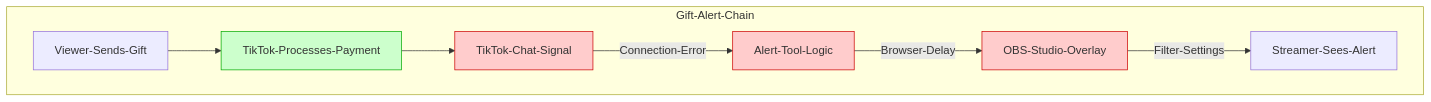
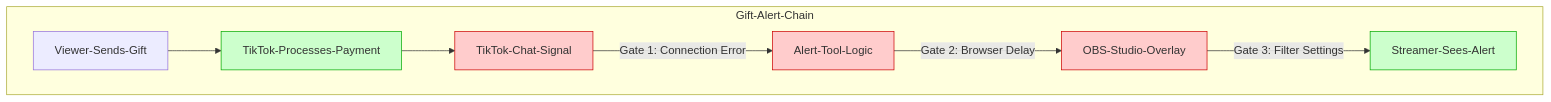
Before and after one commit to littl3-boat/ttwise: the diagram in data/blog/tiktok-live-gifts-not-showing-fix-2026.mdx, drawn with Mermaid. The commit also changed 35 other files, not shown here.

First line of the commit message:
feat: fix Mermaid diagram syntax across blog posts and add new Reddit-sourced blog entries

````diff
--- a/data/blog/tiktok-live-gifts-not-showing-fix-2026.mdx
+++ b/data/blog/tiktok-live-gifts-not-showing-fix-2026.mdx
@@ -25,16 +25,17 @@
 ```mermaid
 flowchart TD
     subgraph Gift-Alert-Chain
         A[Viewer-Sends-Gift] --> B[TikTok-Processes-Payment]
         B --> C[TikTok-Chat-Signal]
         
-        C -- Connection-Error --> D[Alert-Tool-Logic]
-        D -- Browser-Delay --> E[OBS-Studio-Overlay]
-        E -- Filter-Settings --> F[Streamer-Sees-Alert]
+        C -- "Gate 1: Connection Error" --> D[Alert-Tool-Logic]
+        D -- "Gate 2: Browser Delay" --> E[OBS-Studio-Overlay]
+        E -- "Gate 3: Filter Settings" --> F[Streamer-Sees-Alert]
     end
     
     style B fill:#ccffcc,stroke:#00aa00
     style C fill:#ffcccc,stroke:#cc0000
     style D fill:#ffcccc,stroke:#cc0000
     style E fill:#ffcccc,stroke:#cc0000
+    style F fill:#ccffcc,stroke:#00aa00
 ```
````
